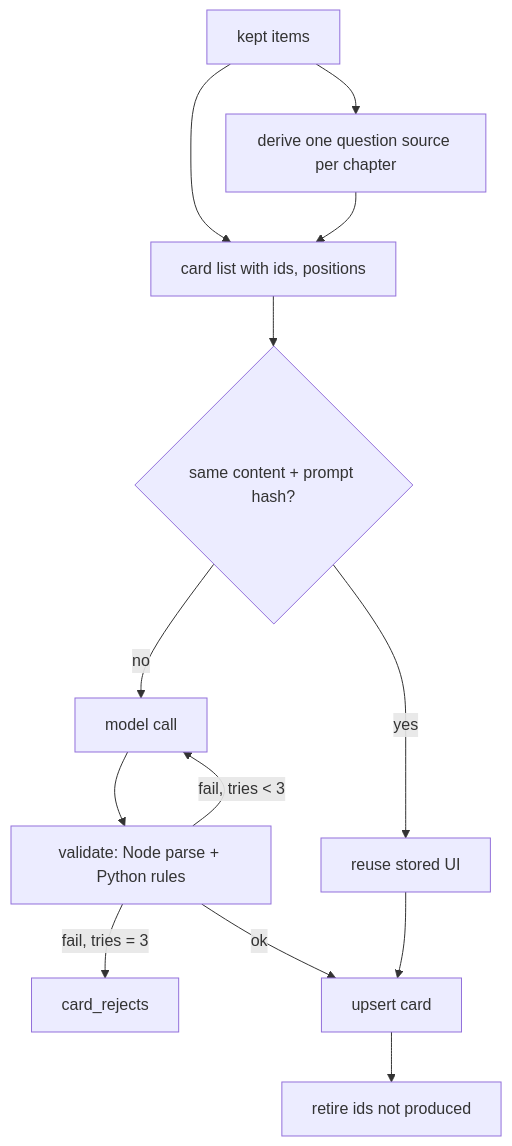
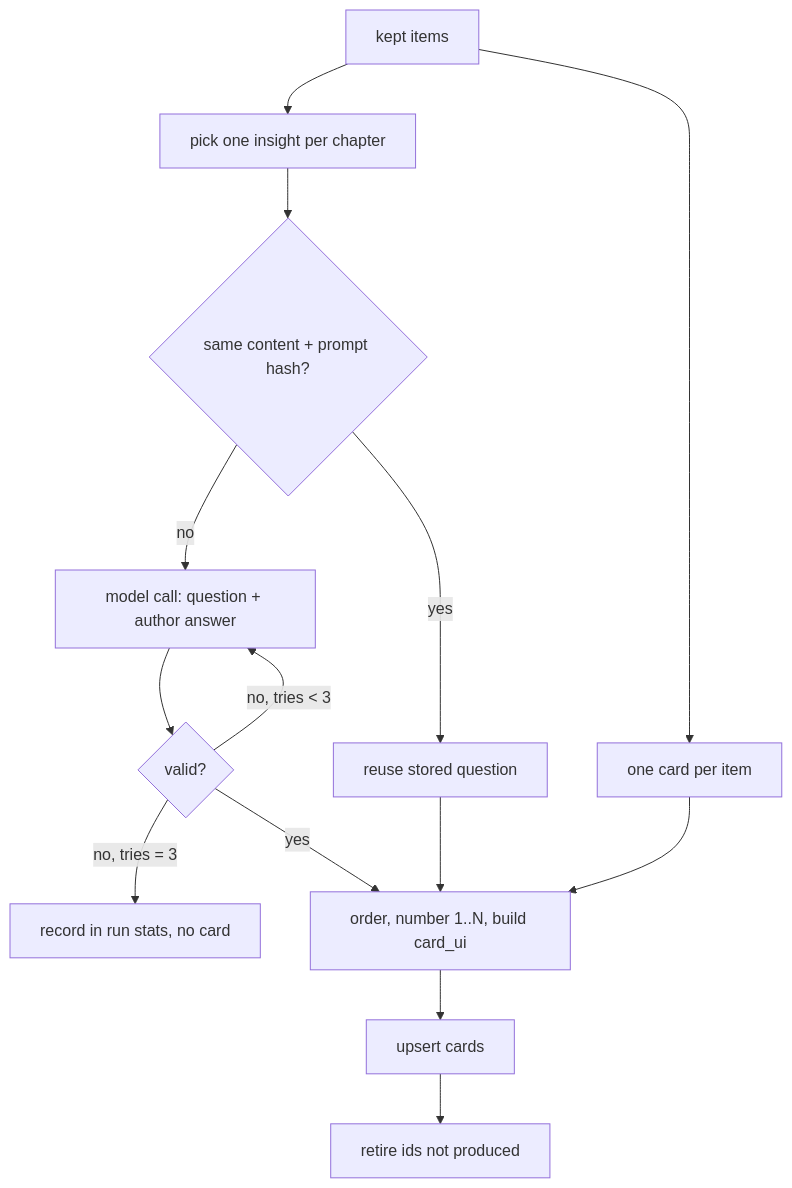
The diagram in openspec/changes/card-generation/design.md (sdevikar/lifekit), drawn with Mermaid before and after one commit. The commit also changed other lines of this file and 24 other files, not shown here.

````diff
--- a/openspec/changes/card-generation/design.md
+++ b/openspec/changes/card-generation/design.md
@@ -163,15 +166,16 @@
 ```mermaid
 flowchart TD
-  K[kept items] --> Q[derive one question source per chapter]
-  K --> L[card list with ids, positions]
-  Q --> L
-  L --> R{same content + prompt hash?}
-  R -- yes --> U[reuse stored UI]
-  R -- no --> M[model call]
-  M --> V[validate: Node parse + Python rules]
-  V -- fail, tries < 3 --> M
-  V -- fail, tries = 3 --> X[card_rejects]
-  V -- ok --> S[upsert card]
-  U --> S
+  K[kept items] --> C[one card per item]
+  K --> Q[pick one insight per chapter]
+  Q --> R{same content + prompt hash?}
+  R -- yes --> U[reuse stored question]
+  R -- no --> M[model call: question + author answer]
+  M --> V{valid?}
+  V -- no, tries < 3 --> M
+  V -- no, tries = 3 --> F[record in run stats, no card]
+  V -- yes --> L
+  U --> L
+  C --> L[order, number 1..N, build card_ui]
+  L --> S[upsert cards]
   S --> T[retire ids not produced]
 ```
````
